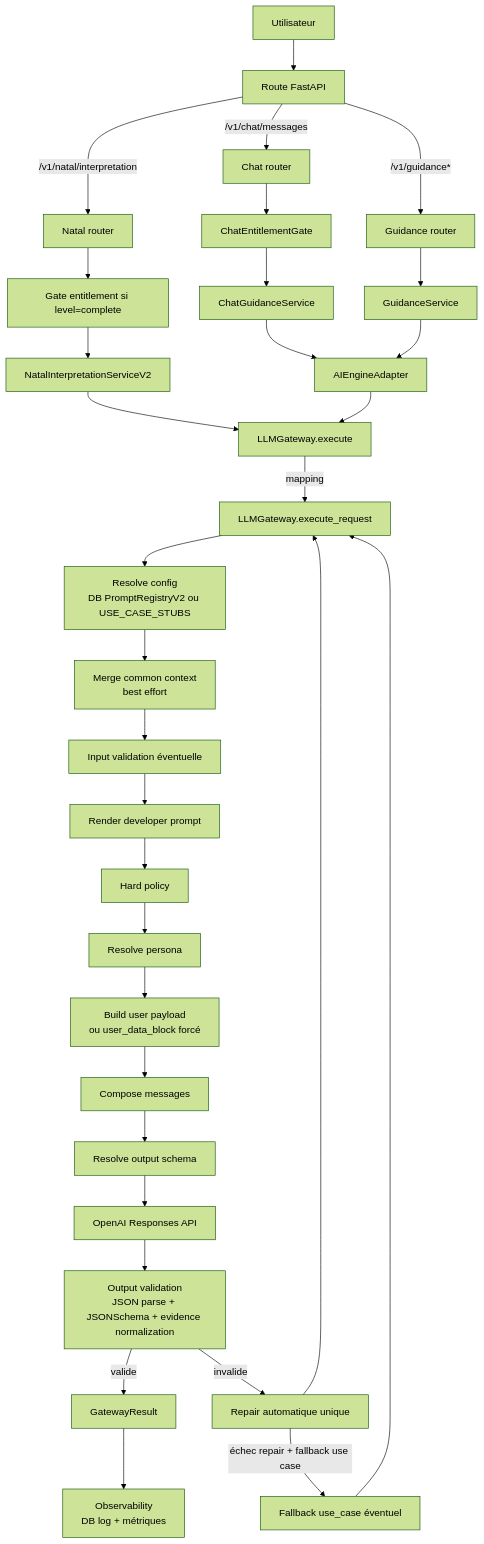
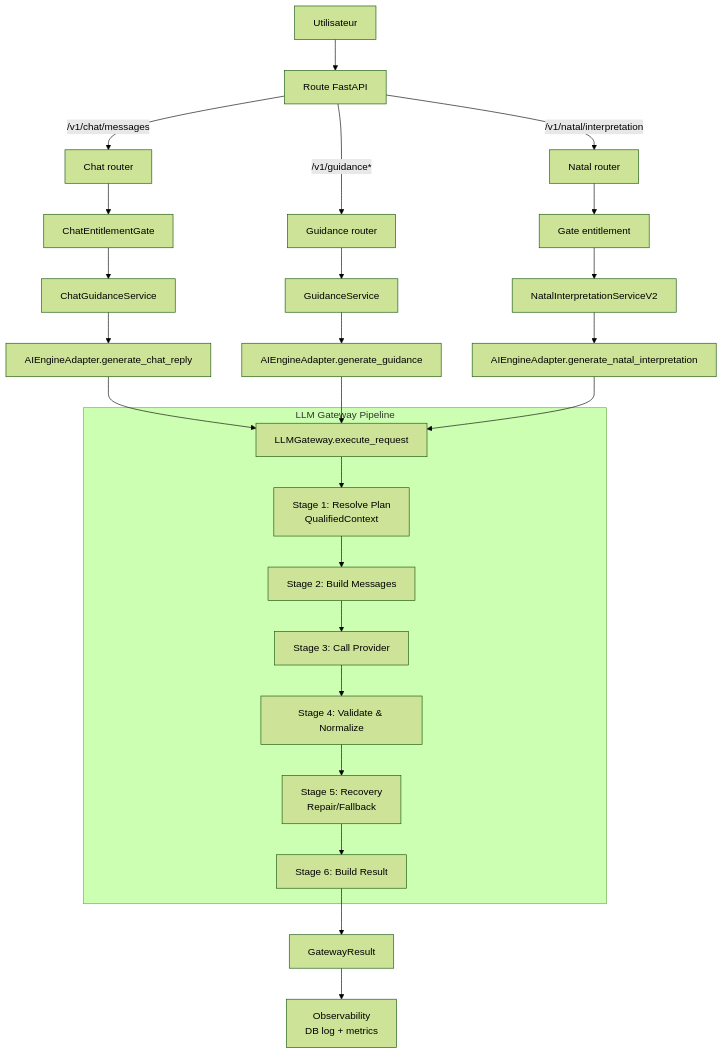
The first of 4 diagrams in docs/architecture/llm-processus-architecture.md (daconrilcy/horoscope_front), drawn with Mermaid (forest theme) before and after one commit. The commit also changed other lines of this file and 6 other files, not shown here.

Commit message:
feat(natal): Migrate natal interpretation to canonical application entry point (Story 66.7)

````diff
--- a/docs/architecture/llm-processus-architecture.md
+++ b/docs/architecture/llm-processus-architecture.md
@@ -108,43 +114,36 @@
 ```mermaid
 flowchart TD
     U[Utilisateur] --> R[Route FastAPI]
 
     R -->|/v1/natal/interpretation| N1[Natal router]
     R -->|/v1/chat/messages| C1[Chat router]
     R -->|/v1/guidance*| G1[Guidance router]
 
-    N1 --> N2[Gate entitlement si level=complete]
+    N1 --> N2[Gate entitlement]
     N2 --> N3[NatalInterpretationServiceV2]
 
     C1 --> C2[ChatEntitlementGate]
     C2 --> C3[ChatGuidanceService]
 
     G1 --> G2[GuidanceService]
 
-    C3 --> A[AIEngineAdapter]
-    G2 --> A
-    N3 --> LEGACY[LLMGateway.execute]
-    A --> LEGACY
+    C3 --> CA1[AIEngineAdapter.generate_chat_reply]
+    G2 --> CA2[AIEngineAdapter.generate_guidance]
+    N3 --> CA3[AIEngineAdapter.generate_natal_interpretation]
 
-    LEGACY -->|mapping| GW[LLMGateway.execute_request]
+    CA1 --> GW[LLMGateway.execute_request]
+    CA2 --> GW
+    CA3 --> GW
 
-    GW --> GW1[Resolve config<br/>DB PromptRegistryV2 ou USE_CASE_STUBS]
-    GW1 --> GW2[Merge common context<br/>best effort]
-    GW2 --> GW3[Input validation éventuelle]
-    GW3 --> GW4[Render developer prompt]
-    GW4 --> GW5[Hard policy]
-    GW5 --> GW6[Resolve persona]
-    GW6 --> GW7[Build user payload<br/>ou user_data_block forcé]
-    GW7 --> GW8[Compose messages]
-    GW8 --> GW9[Resolve output schema]
-    GW9 --> OAI[OpenAI Responses API]
+    subgraph "LLM Gateway Pipeline"
+    GW --> GW1[Stage 1: Resolve Plan<br/>QualifiedContext]
+    GW1 --> GW2[Stage 2: Build Messages]
+    GW2 --> GW3[Stage 3: Call Provider]
+    GW3 --> GW4[Stage 4: Validate & Normalize]
+    GW4 --> GW5[Stage 5: Recovery<br/>Repair/Fallback]
+    GW5 --> GW6[Stage 6: Build Result]
+    end
 
-    OAI --> VAL[Output validation<br/>JSON parse + JSONSchema + evidence normalization]
-    VAL -->|valide| RES[GatewayResult]
-    VAL -->|invalide| REP[Repair automatique unique]
-    REP --> GW
-    REP -->|échec repair + fallback use case| FB[Fallback use_case éventuel]
-    FB --> GW
-
-    RES --> OBS[Observability<br/>DB log + métriques]
+    GW6 --> RES[GatewayResult]
+    RES --> OBS[Observability<br/>DB log + metrics]
 ```
````
